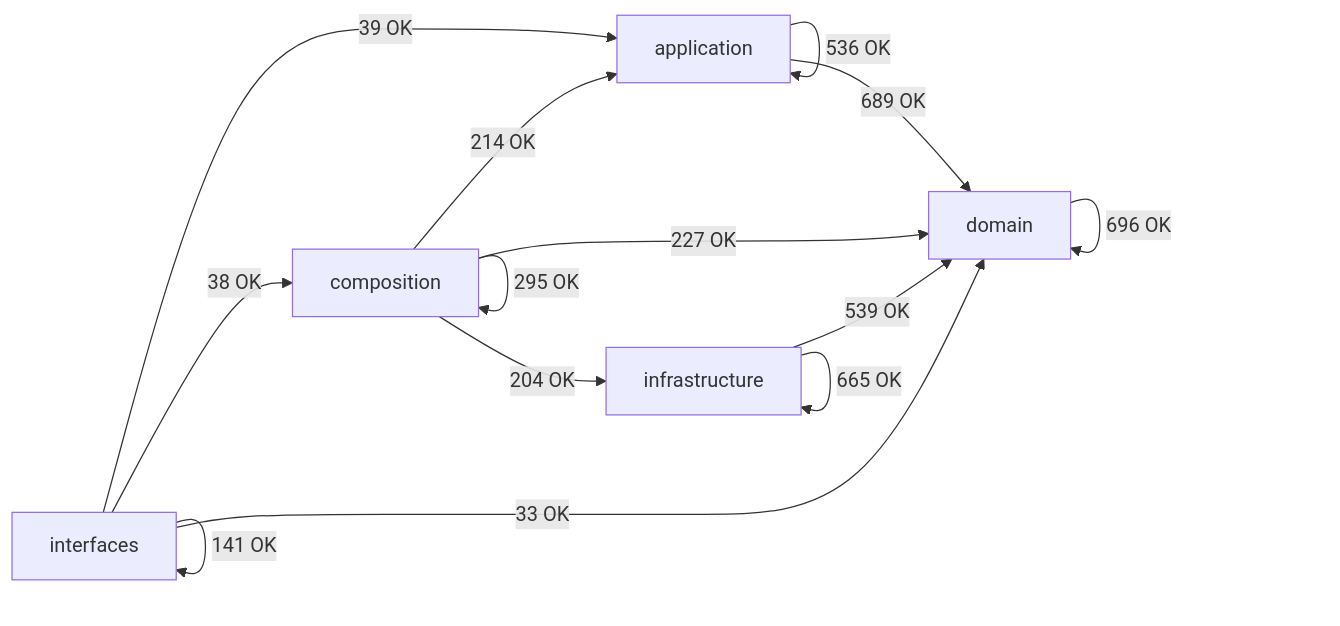
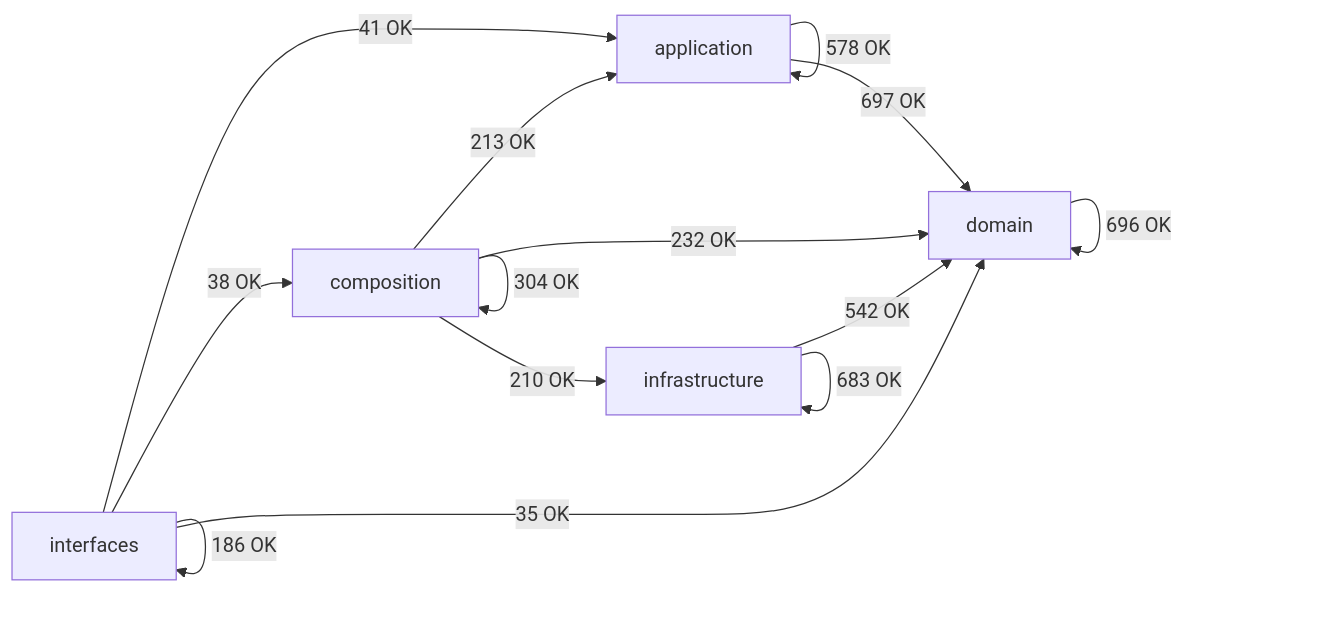
Before and after one commit to SatoryKono/BioactivityDataAcquisition: the diagram in docs/02-architecture/generated/module-dependency-map.md, drawn with Mermaid. The commit also changed other lines of this file and 214 other files, not shown here.

````diff
--- a/docs/02-architecture/generated/module-dependency-map.md
+++ b/docs/02-architecture/generated/module-dependency-map.md
@@ -16,21 +16,21 @@
 ```mermaid
 flowchart LR
     domain[domain]
     application[application]
     infrastructure[infrastructure]
     composition[composition]
     interfaces[interfaces]
-    application -->|536 OK| application
-    application -->|689 OK| domain
-    composition -->|214 OK| application
-    composition -->|295 OK| composition
-    composition -->|227 OK| domain
-    composition -->|204 OK| infrastructure
+    application -->|578 OK| application
+    application -->|697 OK| domain
+    composition -->|213 OK| application
+    composition -->|304 OK| composition
+    composition -->|232 OK| domain
+    composition -->|210 OK| infrastructure
     domain -->|696 OK| domain
-    infrastructure -->|539 OK| domain
-    infrastructure -->|665 OK| infrastructure
-    interfaces -->|39 OK| application
+    infrastructure -->|542 OK| domain
+    infrastructure -->|683 OK| infrastructure
+    interfaces -->|41 OK| application
     interfaces -->|38 OK| composition
-    interfaces -->|33 OK| domain
-    interfaces -->|141 OK| interfaces
+    interfaces -->|35 OK| domain
+    interfaces -->|186 OK| interfaces
 ```
````
